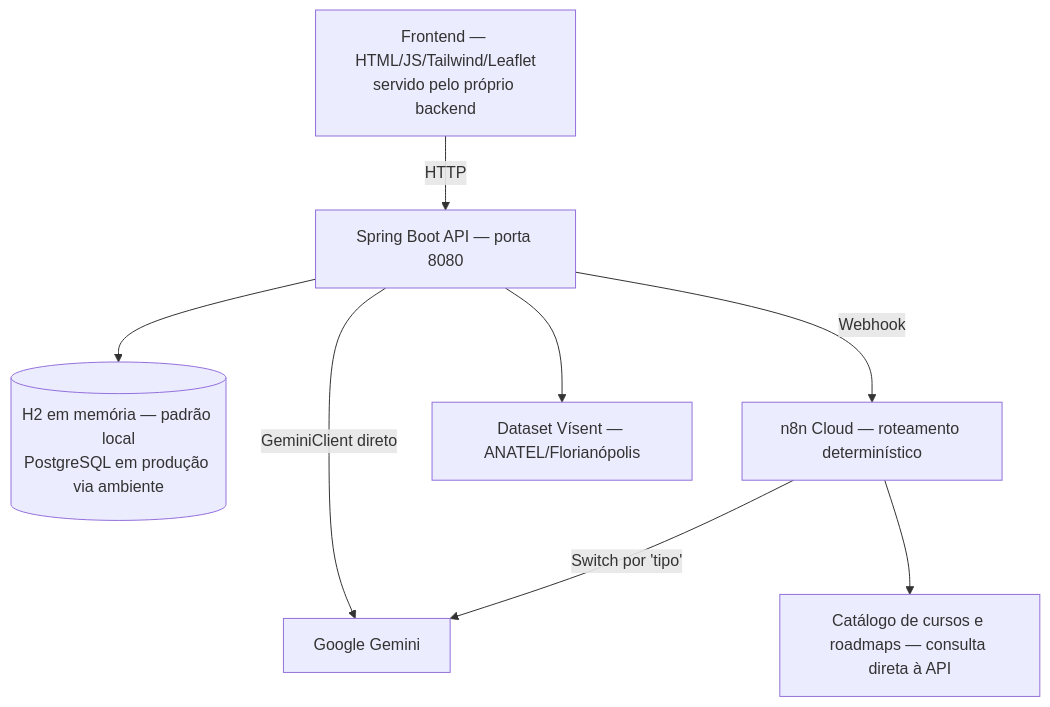
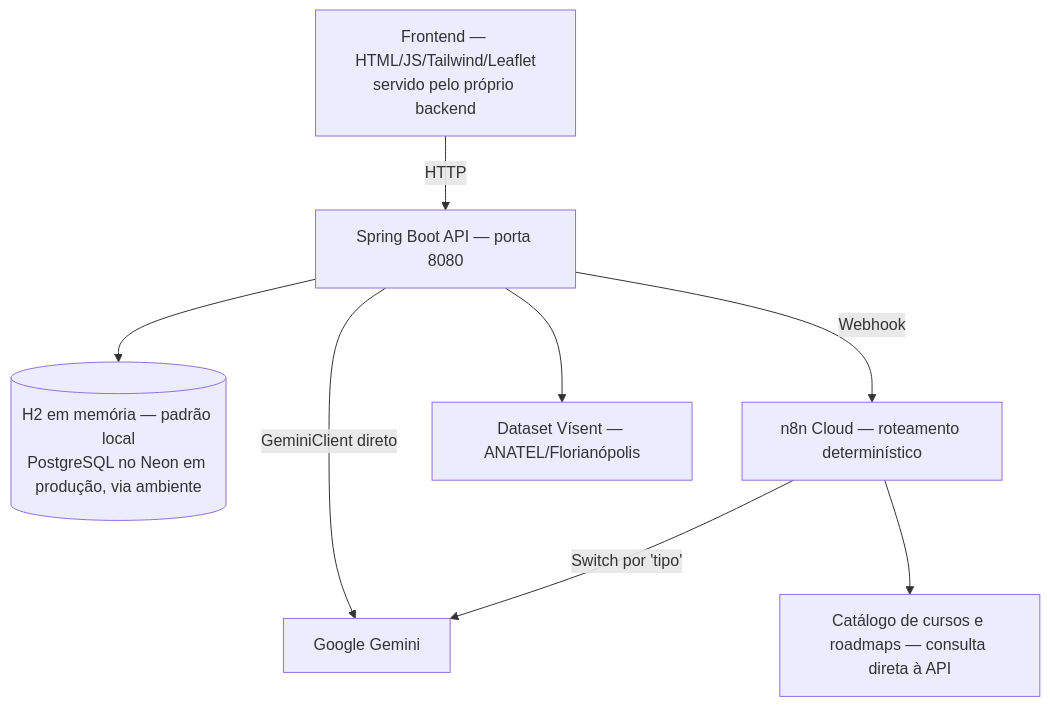
The second of 2 diagrams in README.md (No-Country-simulation/S06-26-AB-EQUIPE-68), drawn with Mermaid before and after one commit. The commit also changed other lines of this file, not shown here.

First line of the commit message:
docs(readme): banco no Neon, reset e retenção da demonstração, CI, links da demo e limitações

````diff
--- a/README.md
+++ b/README.md
@@ -311,25 +357,25 @@
 ```mermaid
 graph TD
 
 UI[Frontend — HTML/JS/Tailwind/Leaflet<br/>servido pelo próprio backend]
 
 API[Spring Boot API — porta 8080]
 
-DB[(H2 em memória — padrão local<br/>PostgreSQL em produção via ambiente)]
+DB[(H2 em memória — padrão local<br/>PostgreSQL no Neon em produção, via ambiente)]
 
 N8N[n8n Cloud — roteamento determinístico]
 
 AI[Google Gemini]
 
 CAT[Catálogo de cursos e roadmaps — consulta direta à API]
 
 VISENT[Dataset Vísent — ANATEL/Florianópolis]
 
 UI -->|HTTP| API
 API --> DB
 API -->|Webhook| N8N
 N8N -->|Switch por 'tipo'| AI
 N8N --> CAT
 API -->|GeminiClient direto| AI
 API --> VISENT
 ```
````
